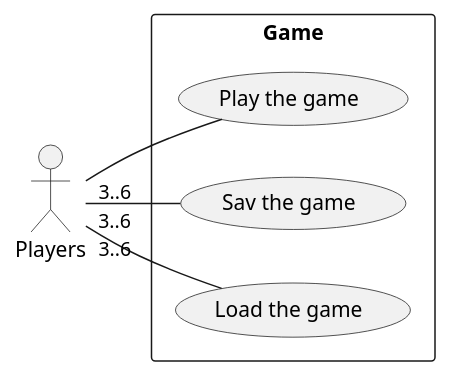
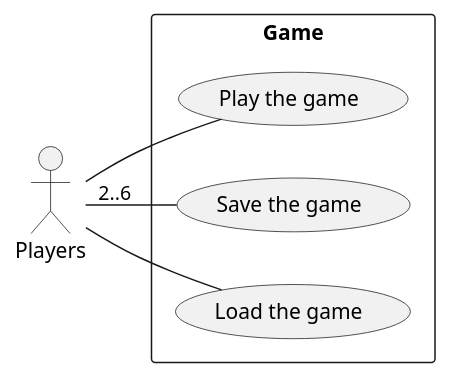
One commit to DTUSoftware/RoboRally-F22 changed the diagram in src/main/resources/UseCase.puml. Above: the diagram before and after it, drawn with PlantUML.

```diff
--- a/src/main/resources/UseCase.puml
+++ b/src/main/resources/UseCase.puml
@@ -1,17 +1,17 @@
 @startuml
 'https://plantuml.com/use-case-diagram
 
 actor :Players: as Players
 rectangle Game {
     left to right direction
 
     usecase "Play the game" as Play
-    usecase "Sav the game" as save
+    usecase "Save the game" as save
     usecase "Load the game" as load
 }
 
-Players "3..6" -- Play
-Players "3..6" -- save
-Players "3..6" -- load
+Players "2..6" -- Play
+Players  -- save
+Players  -- load
 
 @enduml
```
